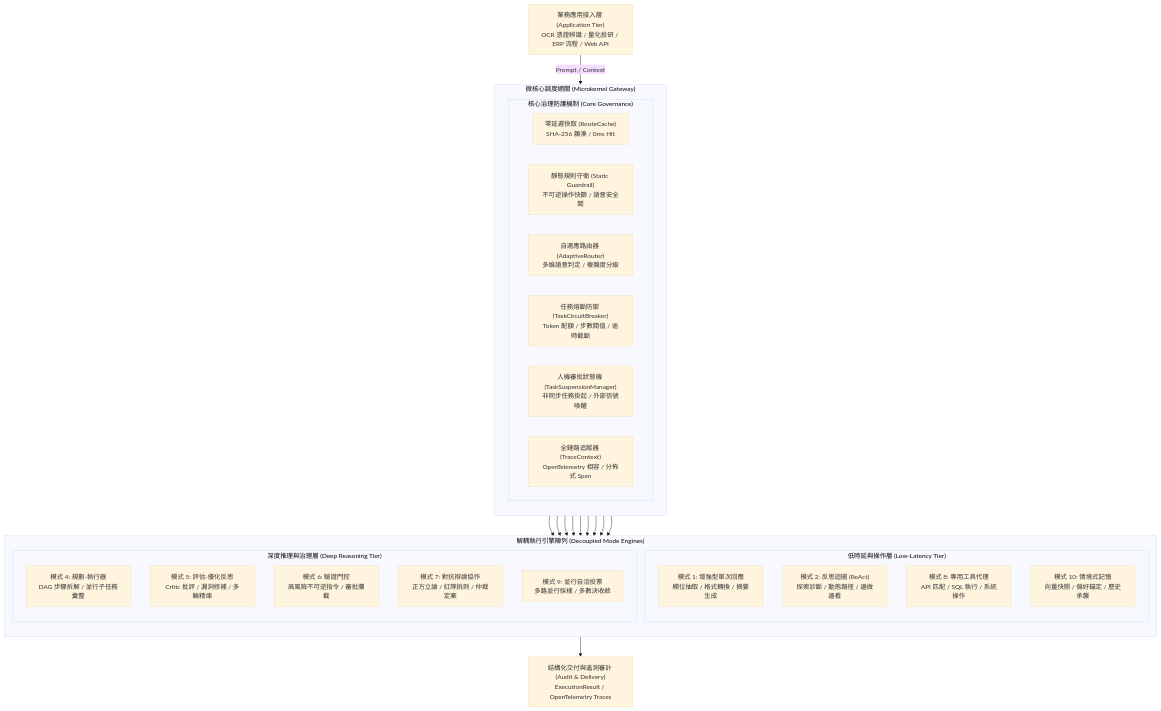
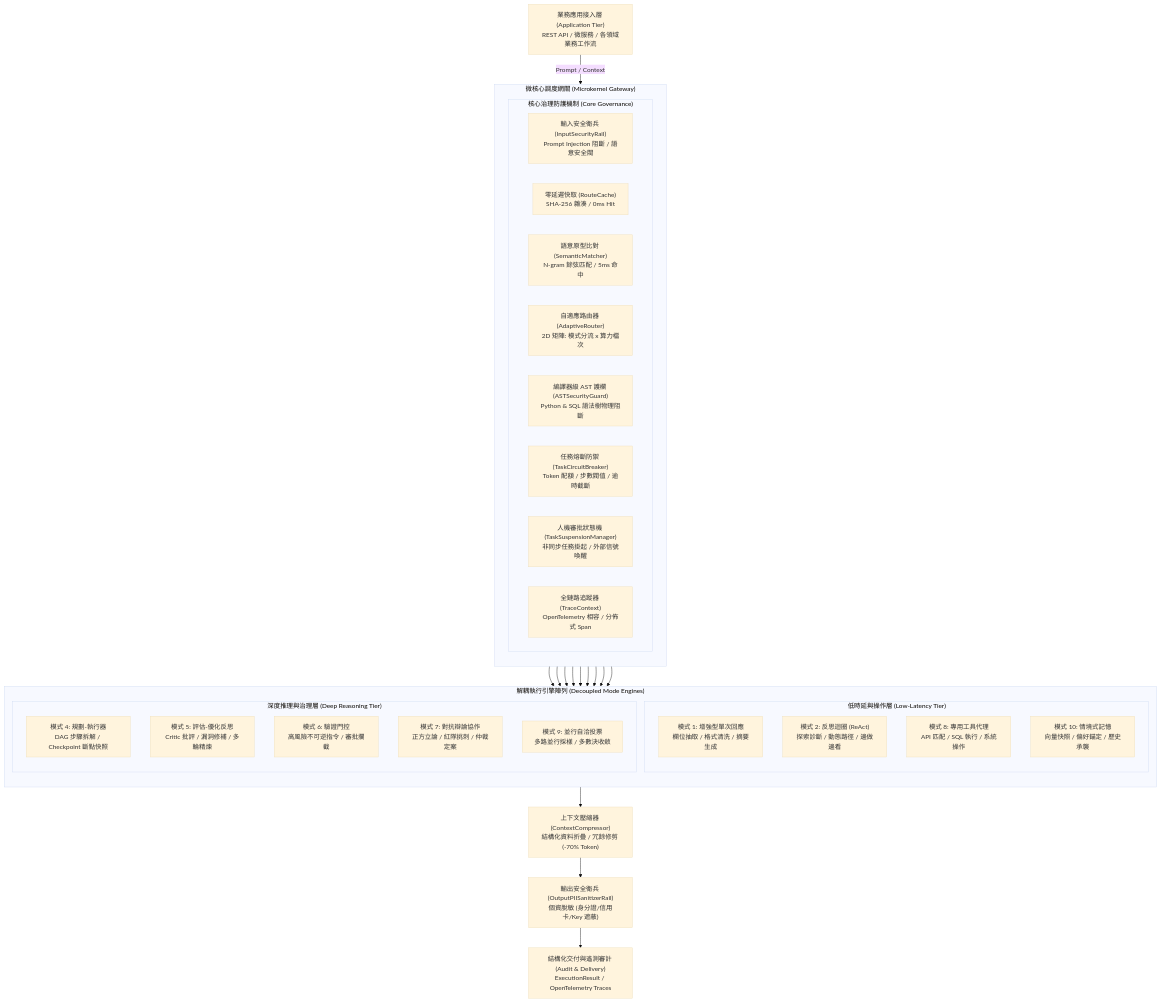
One commit to yarin0324/adaptive-agent-router changed the diagram in README.md. Above: the diagram before and after it, drawn with Mermaid (base theme). The commit also changed other lines of this file and 8 other files, not shown here.

First line of the commit message:
feat: implement compiler AST security guard, token context compressor, and open-source packaging

````diff
--- a/README.md
+++ b/README.md
@@ -18,37 +24,41 @@
 ```mermaid
 flowchart TD
-    Client["業務應用接入層 (Application Tier)<br>OCR 憑證辨識 / 量化投研 / ERP 流程 / Web API"] -->|Prompt / Context| Ingress
+    Client["業務應用接入層 (Application Tier)<br>REST API / 微服務 / 各領域業務工作流"] -->|Prompt / Context| Ingress
 
     subgraph Ingress ["微核心調度網關 (Microkernel Gateway)"]
         direction TB
         subgraph CoreServices ["核心治理防護機制 (Core Governance)"]
+            InputRail["輸入安全衛兵 (InputSecurityRail)<br>Prompt Injection 阻斷 / 語意安全閥"]
             Cache["零延遲快取 (RouteCache)<br>SHA-256 雜湊 / 0ms Hit"]
-            StaticGuard["靜態規則守衛 (Static Guardrail)<br>不可逆操作快篩 / 語意安全閥"]
-            Router["自適應路由器 (AdaptiveRouter)<br>多維語意判定 / 複雜度分級"]
+            Matcher["語意原型比對 (SemanticMatcher)<br>N-gram 餘弦匹配 / 5ms 命中"]
+            Router["自適應路由器 (AdaptiveRouter)<br>2D 矩陣: 模式分流 x 算力檔次"]
+            ASTGuard["編譯器級 AST 護欄 (ASTSecurityGuard)<br>Python & SQL 語法樹物理阻斷"]
             Breaker["任務熔斷防禦 (TaskCircuitBreaker)<br>Token 配額 / 步數閥值 / 逾時截斷"]
             FSM["人機審批狀態機 (TaskSuspensionManager)<br>非同步任務掛起 / 外部信號喚醒"]
             Tracer["全鏈路追蹤器 (TraceContext)<br>OpenTelemetry 相容 / 分佈式 Span"]
         end
     end
 
     Ingress --> M1 & M2 & M4 & M5 & M6 & M7 & M8 & M9 & M10
 
     subgraph Engines ["解耦執行引擎陣列 (Decoupled Mode Engines)"]
         direction TB
         subgraph LowLatencyTier ["低時延與操作層 (Low-Latency Tier)"]
-            M1["模式 1: 增強型單次回應<br>欄位抽取 / 格式轉換 / 摘要生成"]
+            M1["模式 1: 增強型單次回應<br>欄位抽取 / 格式清洗 / 摘要生成"]
             M2["模式 2: 反思迴圈 (ReAct)<br>探索診斷 / 動態路徑 / 邊做邊看"]
             M8["模式 8: 專用工具代理<br>API 匹配 / SQL 執行 / 系統操作"]
             M10["模式 10: 情境式記憶<br>向量快照 / 偏好錨定 / 歷史承襲"]
         end
         subgraph HighReasoningTier ["深度推理與治理層 (Deep Reasoning Tier)"]
-            M4["模式 4: 規劃-執行器<br>DAG 步驟拆解 / 並行子任務彙整"]
+            M4["模式 4: 規劃-執行器<br>DAG 步驟拆解 / Checkpoint 斷點快照"]
             M5["模式 5: 評估-優化反思<br>Critic 批評 / 漏洞修補 / 多輪精煉"]
             M6["模式 6: 驗證門控<br>高風險不可逆指令 / 審批攔截"]
             M7["模式 7: 對抗辯論協作<br>正方立論 / 紅隊挑刺 / 仲裁定案"]
             M9["模式 9: 並行自洽投票<br>多路並行採樣 / 多數決收斂"]
         end
     end
 
-    Engines --> Output["結構化交付與遙測審計 (Audit & Delivery)<br>ExecutionResult / OpenTelemetry Traces"]
+    Engines --> Compression["上下文壓縮器 (ContextCompressor)<br>結構化資料折疊 / 冗餘修剪 (-70% Token)"]
+    Compression --> OutputRail["輸出安全衛兵 (OutputPIISanitizerRail)<br>個資脫敏 (身分證/信用卡/Key 遮蔽)"]
+    OutputRail --> Output["結構化交付與遙測審計 (Audit & Delivery)<br>ExecutionResult / OpenTelemetry Traces"]
 ```
````
